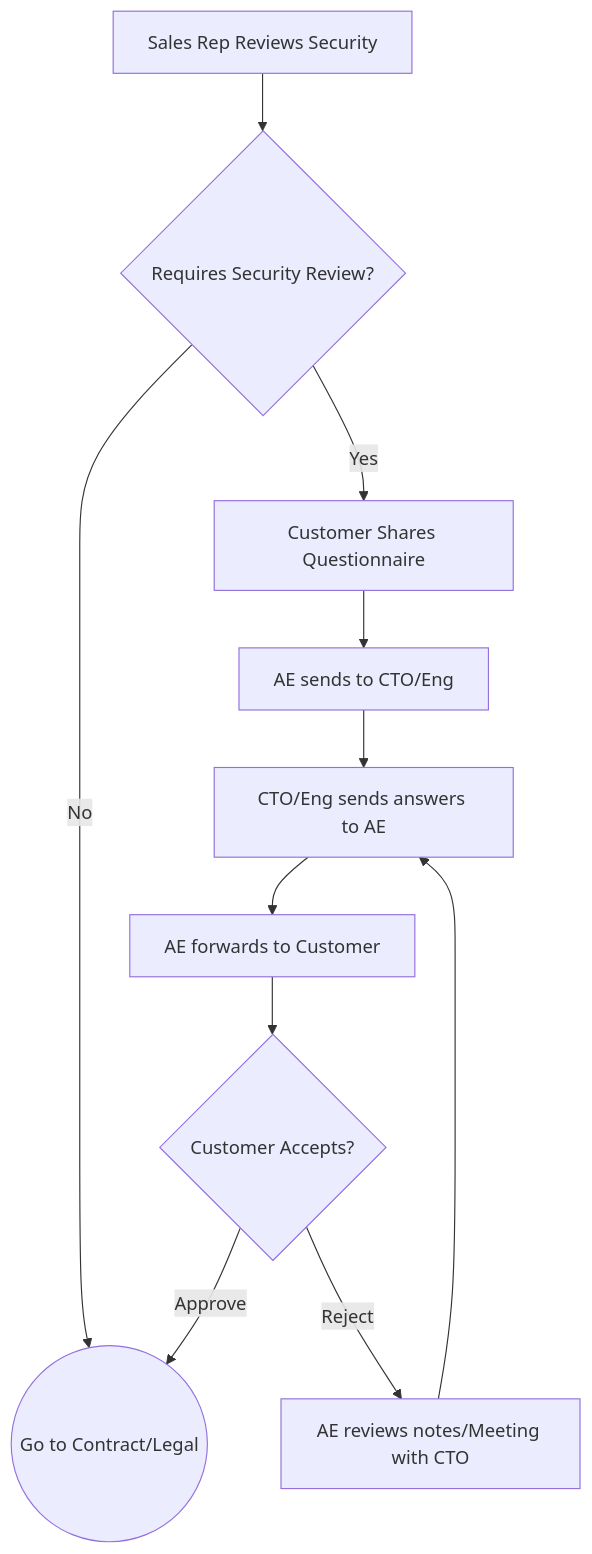
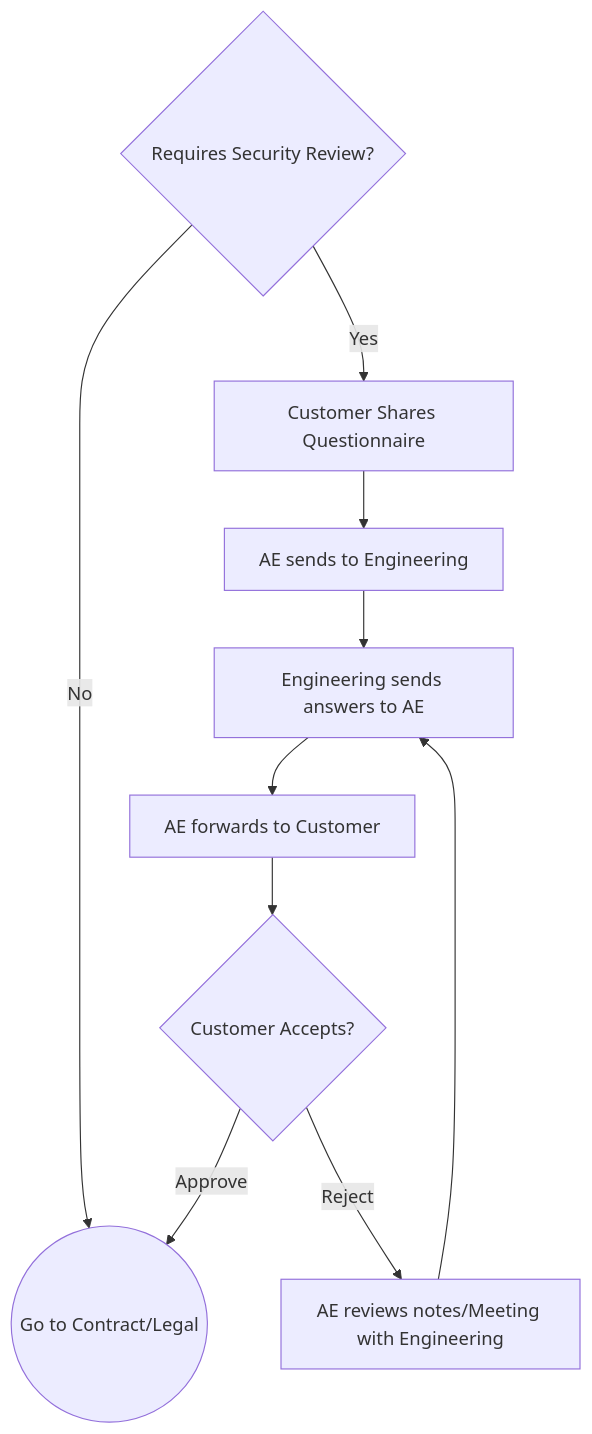
The second of 3 diagrams in src/handbook/sales/engagements.md (FlowFuse/website), drawn with Mermaid before and after one commit.

Commit message:
Update engagement flowchart for security review process

````diff
--- a/src/handbook/sales/engagements.md
+++ b/src/handbook/sales/engagements.md
@@ -204,39 +204,35 @@
 ```mermaid
 flowchart TD
     %% Nodes
-    Start[Sales Rep Reviews Security]
     ReqReview{Requires Security Review?}
     
     %% Happy Path Steps
     ShareQ[Customer Shares Questionnaire]
-    SendToEng[AE sends to CTO/Eng]
-    EngAnswers[CTO/Eng sends answers to AE]
+    SendToEng[AE sends to Engineering]
+    EngAnswers[Engineering sends answers to AE]
     Forward[AE forwards to Customer]
     
     %% Approval Decision
     Accepts{Customer Accepts?}
-    Rework[AE reviews notes/Meeting with CTO]
+    Rework[AE reviews notes/Meeting with Engineering]
     
     %% End State
     EndProcess((Go to Contract/Legal))
-
-    %% Connections
-    Start --> ReqReview
     
     %% No Review Path
     ReqReview -- No --> EndProcess
     
     %% Review Needed Path
     ReqReview -- Yes --> ShareQ
     ShareQ --> SendToEng
     SendToEng --> EngAnswers
     EngAnswers --> Forward
     Forward --> Accepts
     
     %% Outcome Logic
     Accepts -- Approve --> EndProcess
     
     %% Rejection Loop
     Accepts -- Reject --> Rework
     Rework --> EngAnswers
 ```
````
